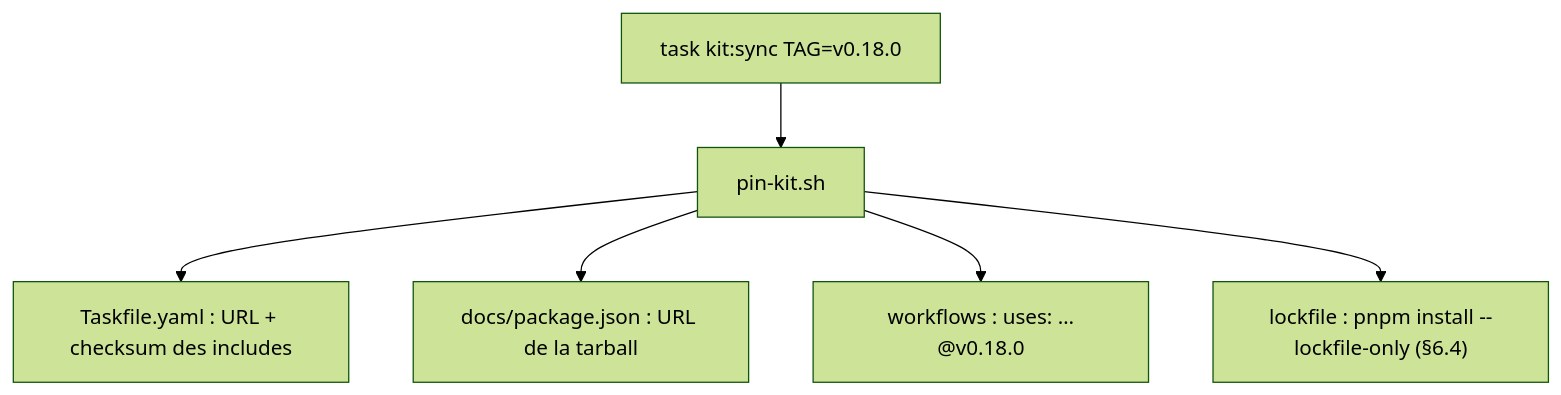
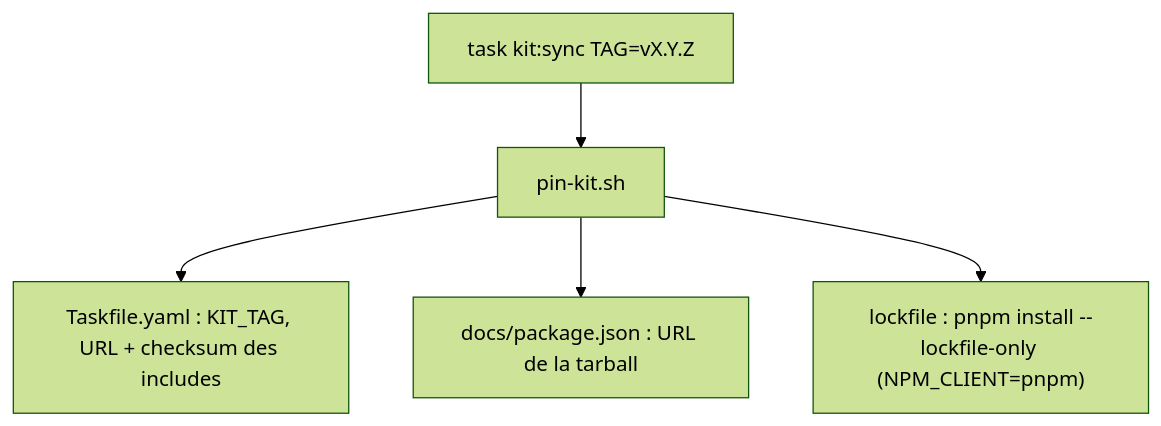
One commit to batleforc/ProxyAuthK8S changed the third of 4 diagrams in .rfc/0005-adopt-weebo-operator-kit.md. Above: the diagram before and after it, drawn with Mermaid (forest theme). The commit also changed other lines of this file and 12 other files, not shown here.

````diff
--- a/.rfc/0005-adopt-weebo-operator-kit.md
+++ b/.rfc/0005-adopt-weebo-operator-kit.md
@@ -239,8 +304,7 @@
 ```mermaid
 flowchart TD
-    S["task kit:sync TAG=v0.18.0"] --> P["pin-kit.sh"]
-    P --> I["Taskfile.yaml : URL + checksum des includes"]
+    S["task kit:sync TAG=vX.Y.Z"] --> P["pin-kit.sh"]
+    P --> I["Taskfile.yaml : KIT_TAG, URL + checksum des includes"]
     P --> D["docs/package.json : URL de la tarball"]
-    P --> W["workflows : uses: …@v0.18.0"]
-    P --> L["lockfile : pnpm install --lockfile-only (§6.4)"]
+    P --> L["lockfile : pnpm install --lockfile-only (NPM_CLIENT=pnpm)"]
 ```
````
